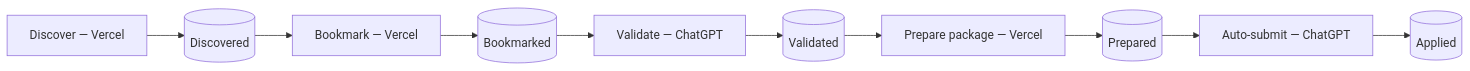
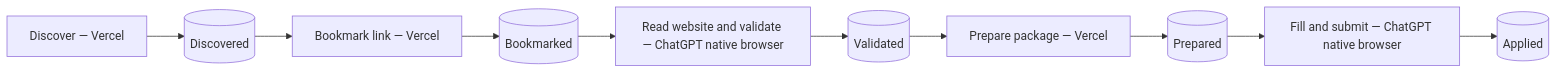
One commit to assafep/ai-job-search-system changed the second of 3 diagrams in docs/architecture.md. Above: the diagram before and after it, drawn with Mermaid. The commit also changed other lines of this file and 40 other files, not shown here.

Commit message:
Execute browser workflows in native ChatGPT through validated MCP tasks

````diff
--- a/docs/architecture.md
+++ b/docs/architecture.md
@@ -171,12 +81,12 @@
 ```mermaid
 flowchart LR
     DISCOVER[Discover — Vercel] --> Q1[(Discovered)]
-    Q1 --> BOOKMARK[Bookmark — Vercel]
+    Q1 --> BOOKMARK[Bookmark link — Vercel]
     BOOKMARK --> Q2[(Bookmarked)]
-    Q2 --> VALIDATE[Validate — ChatGPT]
+    Q2 --> VALIDATE[Read website and validate — ChatGPT native browser]
     VALIDATE --> Q3[(Validated)]
     Q3 --> PREPARE[Prepare package — Vercel]
     PREPARE --> Q4[(Prepared)]
-    Q4 --> SUBMIT[Auto-submit — ChatGPT]
+    Q4 --> SUBMIT[Fill and submit — ChatGPT native browser]
     SUBMIT --> Q5[(Applied)]
 ```
````
